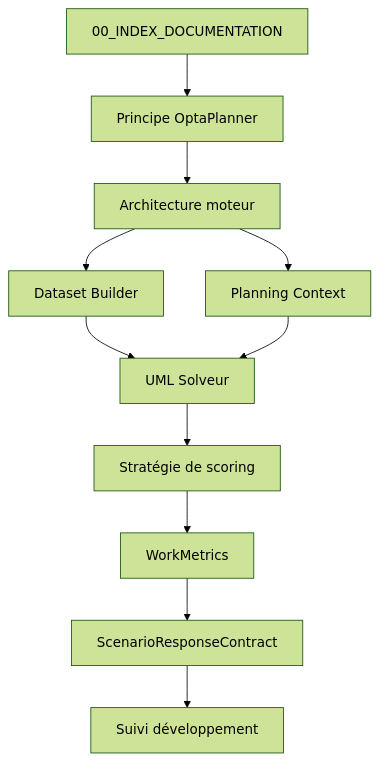
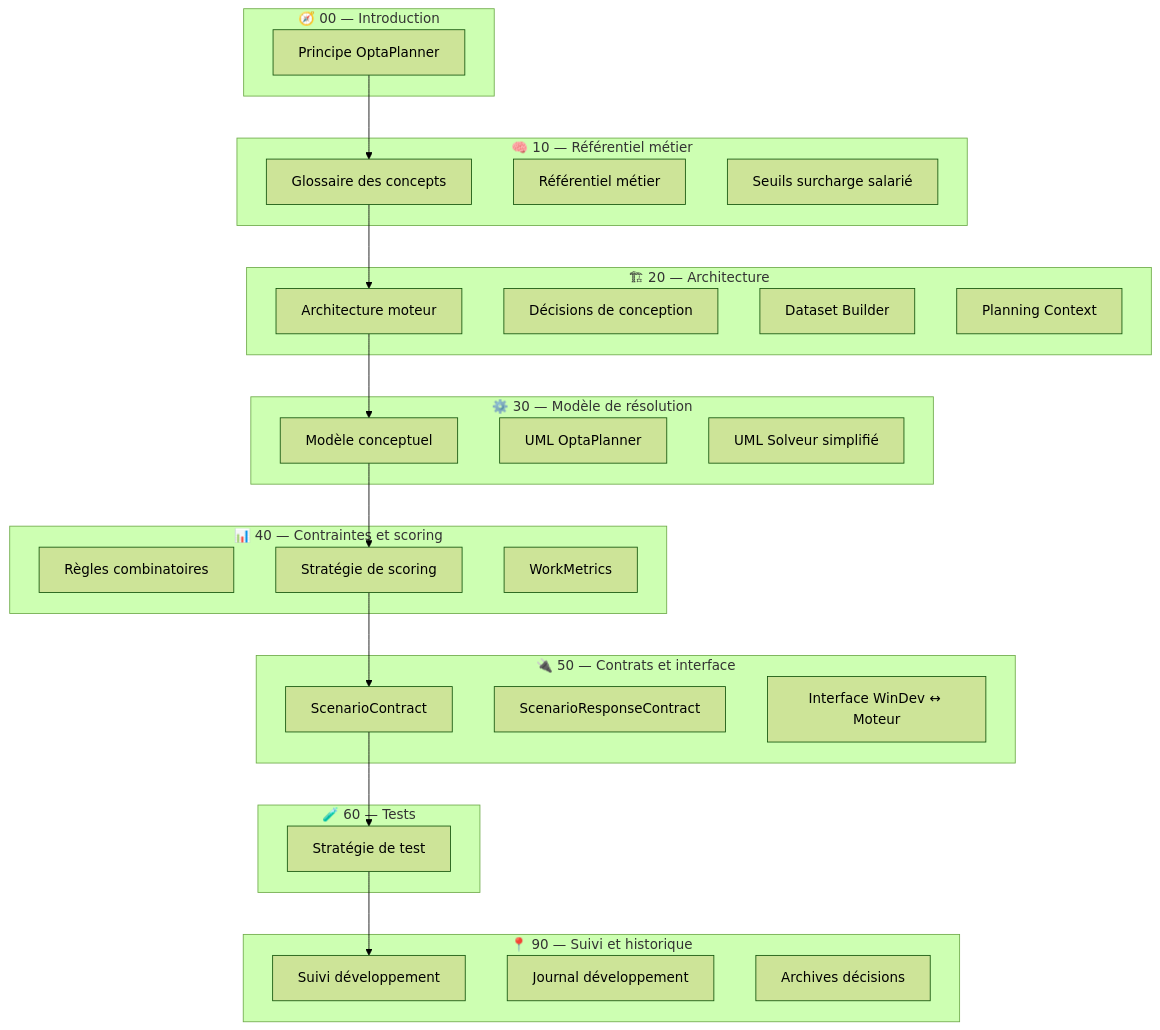
One commit to cpovereau/ocealia-planning-engine changed the diagram in docs/00_INDEX_DOCUMENTATION.md. Above: the diagram before and after it, drawn with Mermaid (forest theme). The commit also changed other lines of this file and 20 other files, not shown here.

````diff
--- a/docs/00_INDEX_DOCUMENTATION.md
+++ b/docs/00_INDEX_DOCUMENTATION.md
@@ -9,23 +9,56 @@
 ```mermaid
 flowchart TD
 
-A[00_INDEX_DOCUMENTATION]
+subgraph S00["🧭 00 — Introduction"]
+  A[Principe OptaPlanner]
+end
 
-A --> B[Principe OptaPlanner]
+subgraph S10["🧠 10 — Référentiel métier"]
+  B1[Glossaire des concepts]
+  B2[Référentiel métier]
+  B3[Seuils surcharge salarié]
+end
 
-B --> C[Architecture moteur]
+subgraph S20["🏗 20 — Architecture"]
+  C1[Architecture moteur]
+  C2[Décisions de conception]
+  C3[Dataset Builder]
+  C4[Planning Context]
+end
 
-C --> D[Dataset Builder]
-C --> E[Planning Context]
+subgraph S30["⚙️ 30 — Modèle de résolution"]
+  D1[Modèle conceptuel]
+  D2[UML OptaPlanner]
+  D3[UML Solveur simplifié]
+end
 
-D --> F[UML Solveur]
-E --> F
+subgraph S40["📊 40 — Contraintes et scoring"]
+  E1[Règles combinatoires]
+  E2[Stratégie de scoring]
+  E3[WorkMetrics]
+end
 
-F --> G[Stratégie de scoring]
+subgraph S50["🔌 50 — Contrats et interface"]
+  F1[ScenarioContract]
+  F2[ScenarioResponseContract]
+  F3[Interface WinDev ↔ Moteur]
+end
 
-G --> H[WorkMetrics]
+subgraph S60["🧪 60 — Tests"]
+  G1[Stratégie de test]
+end
 
-H --> I[ScenarioResponseContract]
+subgraph S90["📍 90 — Suivi et historique"]
+  H1[Suivi développement]
+  H2[Journal développement]
+  H3[Archives décisions]
+end
 
-I --> J[Suivi développement]
+A --> B1
+B1 --> C1
+C1 --> D1
+D1 --> E2
+E2 --> F1
+F1 --> G1
+G1 --> H1
 ```
````
